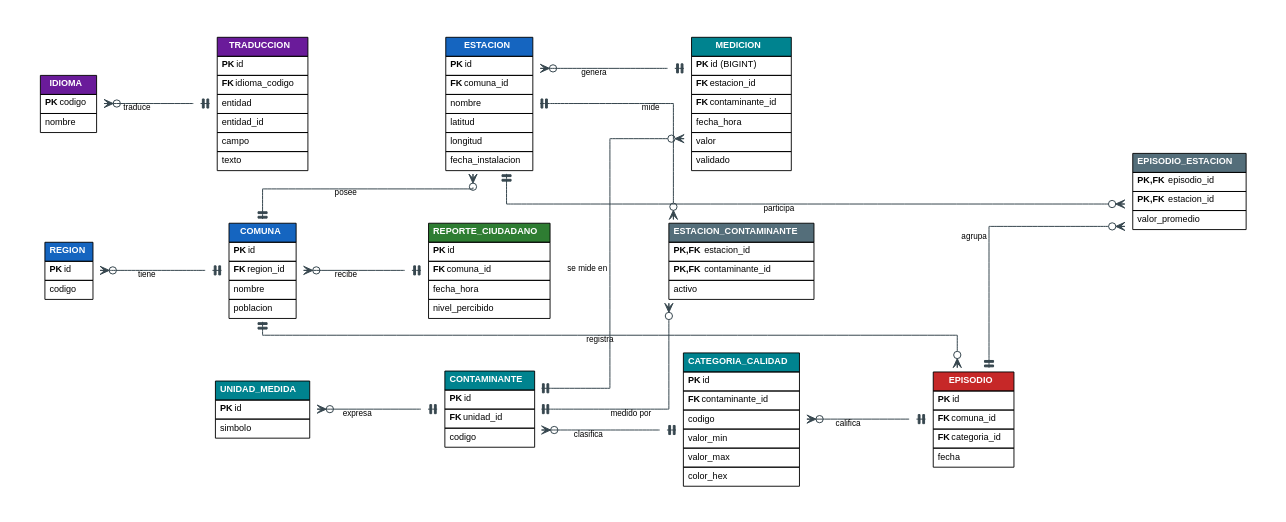
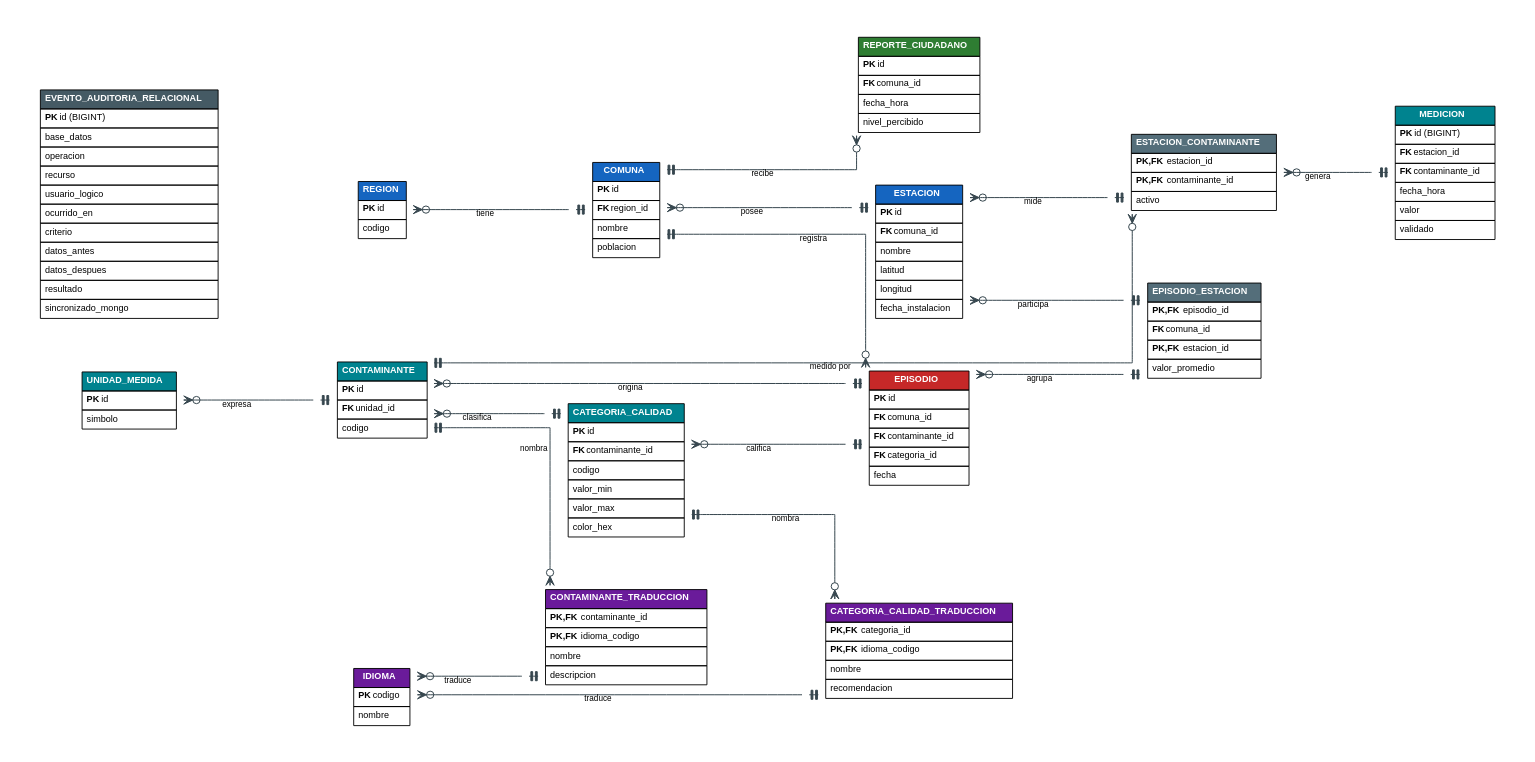
The diagram in db/mer/mer.dot (raztor/proyecto-bdd), drawn with Graphviz before and after one commit. The commit also changed 17 other files, not shown here.

Commit message:
enhance audit logging and database schema for improved data integrity and translations

```diff
--- a/db/mer/mer.dot
+++ b/db/mer/mer.dot
@@ -1,142 +1,170 @@
 digraph MER {
     rankdir=LR;
     bgcolor="white";
     nodesep=0.7;
     ranksep=1.6;
     splines=ortho;
     graph [fontname="Helvetica", pad="0.4"];
     node  [shape=plaintext, fontname="Helvetica", fontsize=10];
     edge  [dir=both, arrowtail=teetee, arrowhead=crowodot,
            color="#37474F", penwidth=1.1, fontname="Helvetica", fontsize=9];
 
     region [label=<
       <table border="0" cellborder="1" cellspacing="0" cellpadding="4" bgcolor="white">
         <tr><td bgcolor="#1565C0"><font color="white"><b>REGION</b></font></td></tr>
         <tr><td align="left"><b>PK</b> id</td></tr>
         <tr><td align="left">codigo</td></tr>
       </table>>];
 
     comuna [label=<
       <table border="0" cellborder="1" cellspacing="0" cellpadding="4" bgcolor="white">
         <tr><td bgcolor="#1565C0"><font color="white"><b>COMUNA</b></font></td></tr>
         <tr><td align="left"><b>PK</b> id</td></tr>
         <tr><td align="left"><b>FK</b> region_id</td></tr>
         <tr><td align="left">nombre</td></tr>
         <tr><td align="left">poblacion</td></tr>
       </table>>];
 
     estacion [label=<
       <table border="0" cellborder="1" cellspacing="0" cellpadding="4" bgcolor="white">
         <tr><td bgcolor="#1565C0"><font color="white"><b>ESTACION</b></font></td></tr>
         <tr><td align="left"><b>PK</b> id</td></tr>
         <tr><td align="left"><b>FK</b> comuna_id</td></tr>
         <tr><td align="left">nombre</td></tr>
         <tr><td align="left">latitud</td></tr>
         <tr><td align="left">longitud</td></tr>
         <tr><td align="left">fecha_instalacion</td></tr>
       </table>>];
 
     unidad_medida [label=<
       <table border="0" cellborder="1" cellspacing="0" cellpadding="4" bgcolor="white">
         <tr><td bgcolor="#00838F"><font color="white"><b>UNIDAD_MEDIDA</b></font></td></tr>
         <tr><td align="left"><b>PK</b> id</td></tr>
         <tr><td align="left">simbolo</td></tr>
       </table>>];
 
     contaminante [label=<
       <table border="0" cellborder="1" cellspacing="0" cellpadding="4" bgcolor="white">
         <tr><td bgcolor="#00838F"><font color="white"><b>CONTAMINANTE</b></font></td></tr>
         <tr><td align="left"><b>PK</b> id</td></tr>
         <tr><td align="left"><b>FK</b> unidad_id</td></tr>
         <tr><td align="left">codigo</td></tr>
       </table>>];
 
     estacion_contaminante [label=<
       <table border="0" cellborder="1" cellspacing="0" cellpadding="4" bgcolor="white">
         <tr><td bgcolor="#546E7A"><font color="white"><b>ESTACION_CONTAMINANTE</b></font></td></tr>
         <tr><td align="left"><b>PK,FK</b> estacion_id</td></tr>
         <tr><td align="left"><b>PK,FK</b> contaminante_id</td></tr>
         <tr><td align="left">activo</td></tr>
       </table>>];
 
     medicion [label=<
       <table border="0" cellborder="1" cellspacing="0" cellpadding="4" bgcolor="white">
         <tr><td bgcolor="#00838F"><font color="white"><b>MEDICION</b></font></td></tr>
         <tr><td align="left"><b>PK</b> id (BIGINT)</td></tr>
         <tr><td align="left"><b>FK</b> estacion_id</td></tr>
         <tr><td align="left"><b>FK</b> contaminante_id</td></tr>
         <tr><td align="left">fecha_hora</td></tr>
         <tr><td align="left">valor</td></tr>
         <tr><td align="left">validado</td></tr>
       </table>>];
 
     categoria_calidad [label=<
       <table border="0" cellborder="1" cellspacing="0" cellpadding="4" bgcolor="white">
         <tr><td bgcolor="#00838F"><font color="white"><b>CATEGORIA_CALIDAD</b></font></td></tr>
         <tr><td align="left"><b>PK</b> id</td></tr>
         <tr><td align="left"><b>FK</b> contaminante_id</td></tr>
         <tr><td align="left">codigo</td></tr>
         <tr><td align="left">valor_min</td></tr>
         <tr><td align="left">valor_max</td></tr>
         <tr><td align="left">color_hex</td></tr>
       </table>>];
 
     episodio [label=<
       <table border="0" cellborder="1" cellspacing="0" cellpadding="4" bgcolor="white">
         <tr><td bgcolor="#C62828"><font color="white"><b>EPISODIO</b></font></td></tr>
         <tr><td align="left"><b>PK</b> id</td></tr>
         <tr><td align="left"><b>FK</b> comuna_id</td></tr>
+        <tr><td align="left"><b>FK</b> contaminante_id</td></tr>
         <tr><td align="left"><b>FK</b> categoria_id</td></tr>
         <tr><td align="left">fecha</td></tr>
       </table>>];
 
     episodio_estacion [label=<
       <table border="0" cellborder="1" cellspacing="0" cellpadding="4" bgcolor="white">
         <tr><td bgcolor="#546E7A"><font color="white"><b>EPISODIO_ESTACION</b></font></td></tr>
         <tr><td align="left"><b>PK,FK</b> episodio_id</td></tr>
+        <tr><td align="left"><b>FK</b> comuna_id</td></tr>
         <tr><td align="left"><b>PK,FK</b> estacion_id</td></tr>
         <tr><td align="left">valor_promedio</td></tr>
       </table>>];
 
     reporte_ciudadano [label=<
       <table border="0" cellborder="1" cellspacing="0" cellpadding="4" bgcolor="white">
         <tr><td bgcolor="#2E7D32"><font color="white"><b>REPORTE_CIUDADANO</b></font></td></tr>
         <tr><td align="left"><b>PK</b> id</td></tr>
         <tr><td align="left"><b>FK</b> comuna_id</td></tr>
         <tr><td align="left">fecha_hora</td></tr>
         <tr><td align="left">nivel_percibido</td></tr>
       </table>>];
 
     idioma [label=<
       <table border="0" cellborder="1" cellspacing="0" cellpadding="4" bgcolor="white">
         <tr><td bgcolor="#6A1B9A"><font color="white"><b>IDIOMA</b></font></td></tr>
         <tr><td align="left"><b>PK</b> codigo</td></tr>
         <tr><td align="left">nombre</td></tr>
       </table>>];
 
-    traduccion [label=<
+    contaminante_traduccion [label=<
       <table border="0" cellborder="1" cellspacing="0" cellpadding="4" bgcolor="white">
-        <tr><td bgcolor="#6A1B9A"><font color="white"><b>TRADUCCION</b></font></td></tr>
-        <tr><td align="left"><b>PK</b> id</td></tr>
-        <tr><td align="left"><b>FK</b> idioma_codigo</td></tr>
-        <tr><td align="left">entidad</td></tr>
-        <tr><td align="left">entidad_id</td></tr>
-        <tr><td align="left">campo</td></tr>
-        <tr><td align="left">texto</td></tr>
+        <tr><td bgcolor="#6A1B9A"><font color="white"><b>CONTAMINANTE_TRADUCCION</b></font></td></tr>
+        <tr><td align="left"><b>PK,FK</b> contaminante_id</td></tr>
+        <tr><td align="left"><b>PK,FK</b> idioma_codigo</td></tr>
+        <tr><td align="left">nombre</td></tr>
+        <tr><td align="left">descripcion</td></tr>
+      </table>>];
+
+    categoria_calidad_traduccion [label=<
+      <table border="0" cellborder="1" cellspacing="0" cellpadding="4" bgcolor="white">
+        <tr><td bgcolor="#6A1B9A"><font color="white"><b>CATEGORIA_CALIDAD_TRADUCCION</b></font></td></tr>
+        <tr><td align="left"><b>PK,FK</b> categoria_id</td></tr>
+        <tr><td align="left"><b>PK,FK</b> idioma_codigo</td></tr>
+        <tr><td align="left">nombre</td></tr>
+        <tr><td align="left">recomendacion</td></tr>
+      </table>>];
+
+    evento_auditoria_relacional [label=<
+      <table border="0" cellborder="1" cellspacing="0" cellpadding="4" bgcolor="white">
+        <tr><td bgcolor="#455A64"><font color="white"><b>EVENTO_AUDITORIA_RELACIONAL</b></font></td></tr>
+        <tr><td align="left"><b>PK</b> id (BIGINT)</td></tr>
+        <tr><td align="left">base_datos</td></tr>
+        <tr><td align="left">operacion</td></tr>
+        <tr><td align="left">recurso</td></tr>
+        <tr><td align="left">usuario_logico</td></tr>
+        <tr><td align="left">ocurrido_en</td></tr>
+        <tr><td align="left">criterio</td></tr>
+        <tr><td align="left">datos_antes</td></tr>
+        <tr><td align="left">datos_despues</td></tr>
+        <tr><td align="left">resultado</td></tr>
+        <tr><td align="left">sincronizado_mongo</td></tr>
       </table>>];
 
     region        -> comuna                [xlabel="tiene"];
     comuna        -> estacion              [xlabel="posee"];
     comuna        -> episodio              [xlabel="registra"];
     comuna        -> reporte_ciudadano     [xlabel="recibe"];
-    estacion      -> medicion              [xlabel="genera"];
     estacion      -> estacion_contaminante [xlabel="mide"];
     estacion      -> episodio_estacion     [xlabel="participa"];
-    contaminante  -> medicion              [xlabel="se mide en"];
     contaminante  -> estacion_contaminante [xlabel="medido por"];
     contaminante  -> categoria_calidad     [xlabel="clasifica"];
     unidad_medida -> contaminante          [xlabel="expresa"];
+    estacion_contaminante -> medicion      [xlabel="genera"];
+    contaminante  -> episodio              [xlabel="origina"];
     categoria_calidad -> episodio          [xlabel="califica"];
     episodio      -> episodio_estacion     [xlabel="agrupa"];
-    idioma        -> traduccion            [xlabel="traduce"];
+    idioma        -> contaminante_traduccion [xlabel="traduce"];
+    idioma        -> categoria_calidad_traduccion [xlabel="traduce"];
+    contaminante  -> contaminante_traduccion [xlabel="nombra"];
+    categoria_calidad -> categoria_calidad_traduccion [xlabel="nombra"];
 }
```
